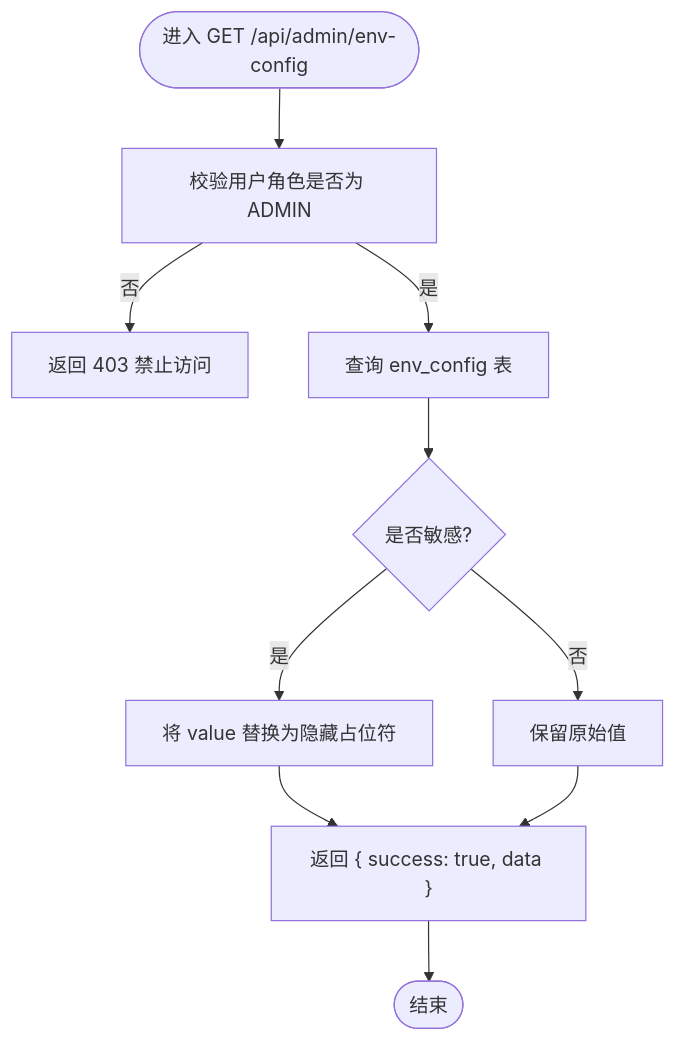
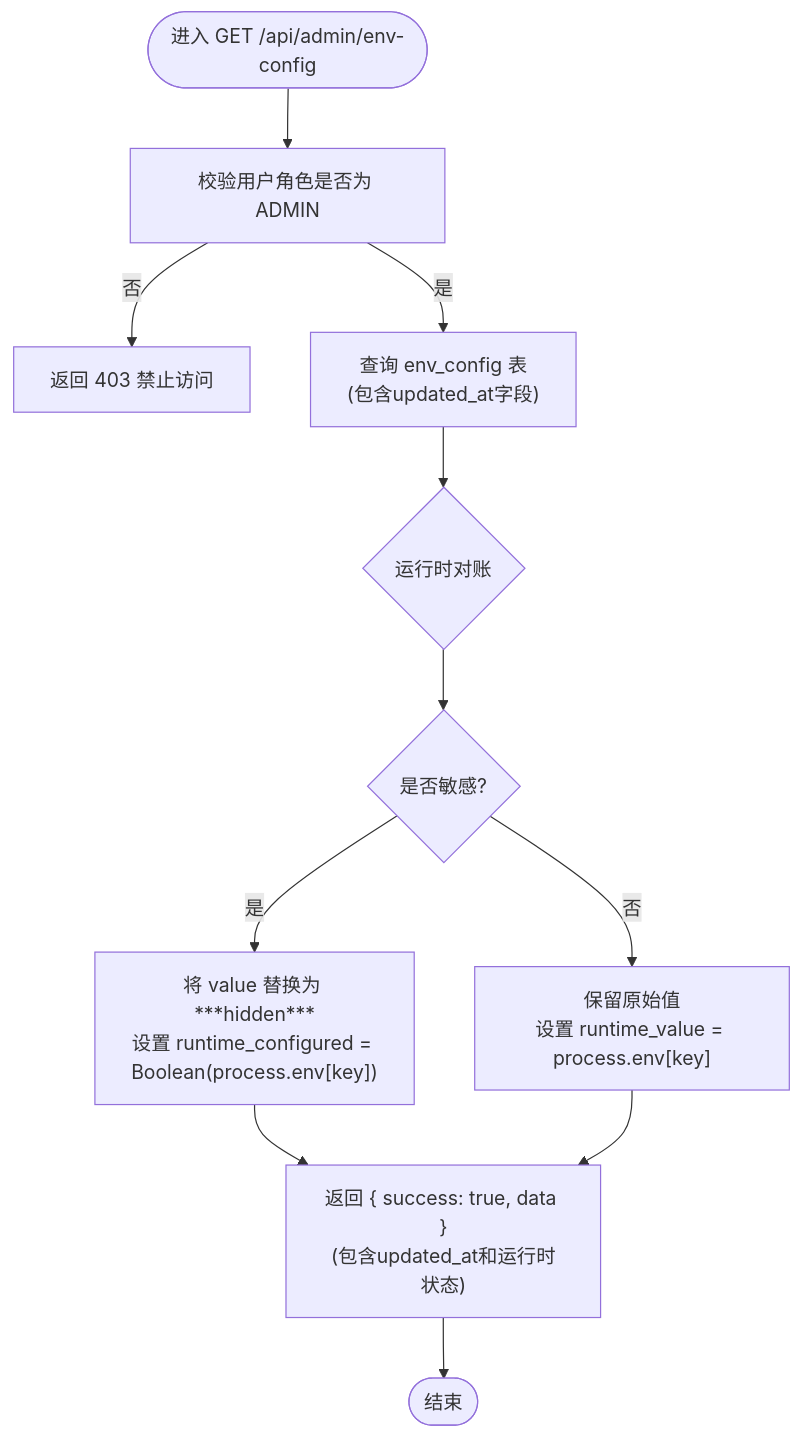
Before and after one commit to dgjin/smart-data-analytics: the third of 5 diagrams in .qoder/repowiki/zh/content/API参考/管理API/环境配置API.md, drawn with Mermaid. The commit also changed other lines of this file and 146 other files, not shown here.

````diff
--- a/.qoder/repowiki/zh/content/API参考/管理API/环境配置API.md
+++ b/.qoder/repowiki/zh/content/API参考/管理API/环境配置API.md
@@ -108,12 +149,13 @@
 ```mermaid
 flowchart TD
 Start(["进入 GET /api/admin/env-config"]) --> CheckRole["校验用户角色是否为 ADMIN"]
 CheckRole --> |否| Deny["返回 403 禁止访问"]
-CheckRole --> |是| Query["查询 env_config 表"]
-Query --> Sanitize{"是否敏感?"}
-Sanitize --> |是| Mask["将 value 替换为隐藏占位符"]
-Sanitize --> |否| Keep["保留原始值"]
-Mask --> Return["返回 { success: true, data }"]
+CheckRole --> |是| Query["查询 env_config 表<br/>(包含updated_at字段)"]
+Query --> RuntimeCheck{"运行时对账"}
+RuntimeCheck --> Sanitize{"是否敏感?"}
+Sanitize --> |是| Mask["将 value 替换为 ***hidden***<br/>设置 runtime_configured = Boolean(process.env[key])"]
+Sanitize --> |否| Keep["保留原始值<br/>设置 runtime_value = process.env[key]"]
+Mask --> Return["返回 { success: true, data }<br/>(包含updated_at和运行时状态)"]
 Keep --> Return
 Return --> End(["结束"])
 ```
````
